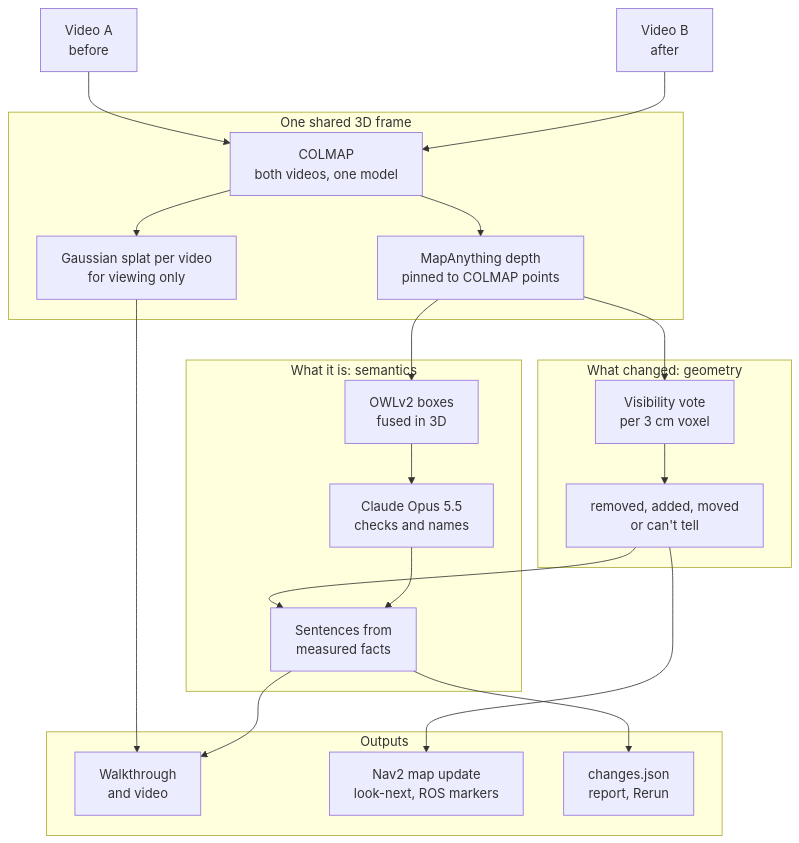
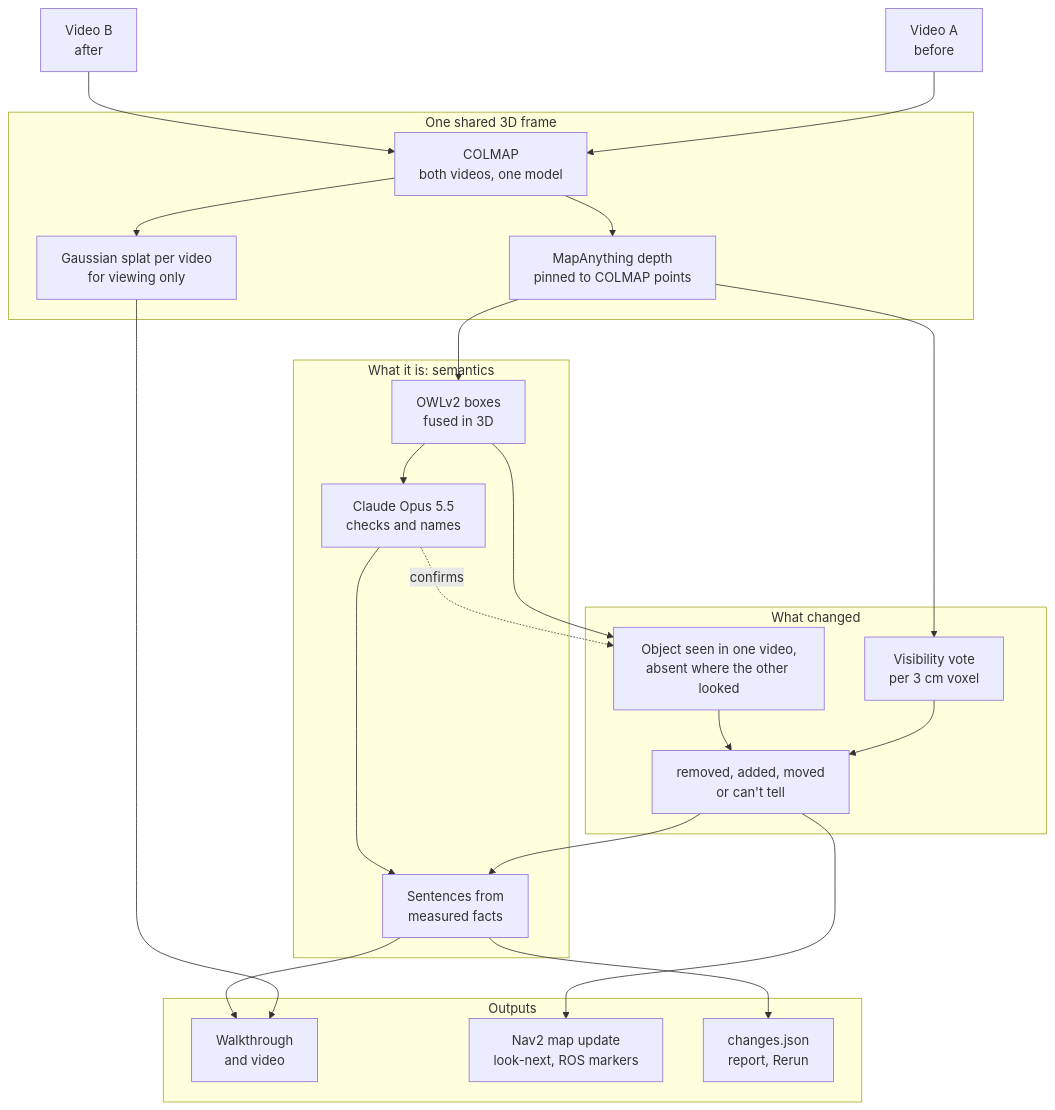
The diagram in README.md (shaanpawa/whatchanged), drawn with Mermaid before and after one commit. The commit also changed other lines of this file and 1 other file, not shown here.

Commit message:
README and design note: real-pair results, the second witness, what was not done for this pair

````diff
--- a/README.md
+++ b/README.md
@@ -106,34 +114,37 @@
 ```mermaid
 flowchart TB
   A["Video A<br/>before"] --> COL
   B["Video B<br/>after"] --> COL
   subgraph S3D["One shared 3D frame"]
     COL["COLMAP<br/>both videos, one model"]
     DEP["MapAnything depth<br/>pinned to COLMAP points"]
     SPL["Gaussian splat per video<br/>for viewing only"]
   end
-  subgraph CHG["What changed: geometry"]
+  subgraph CHG["What changed"]
     VOTE["Visibility vote<br/>per 3 cm voxel"]
+    DET["Object seen in one video,<br/>absent where the other looked"]
     CLS["removed, added, moved<br/>or can't tell"]
   end
   subgraph SEM["What it is: semantics"]
     OWL["OWLv2 boxes<br/>fused in 3D"]
     CL["Claude Opus 5.5<br/>checks and names"]
     SEN["Sentences from<br/>measured facts"]
   end
   subgraph OUT["Outputs"]
     VIEW["Walkthrough<br/>and video"]
     ROBOT["Nav2 map update<br/>look-next, ROS markers"]
     DATA["changes.json<br/>report, Rerun"]
   end
   COL --> DEP
   COL --> SPL
   DEP --> VOTE --> CLS
   DEP --> OWL --> CL
+  OWL --> DET --> CLS
+  CL -. confirms .-> DET
   CLS --> SEN
   CL --> SEN
   SPL --> VIEW
   SEN --> VIEW
   CLS --> ROBOT
   SEN --> DATA
 ```
````
